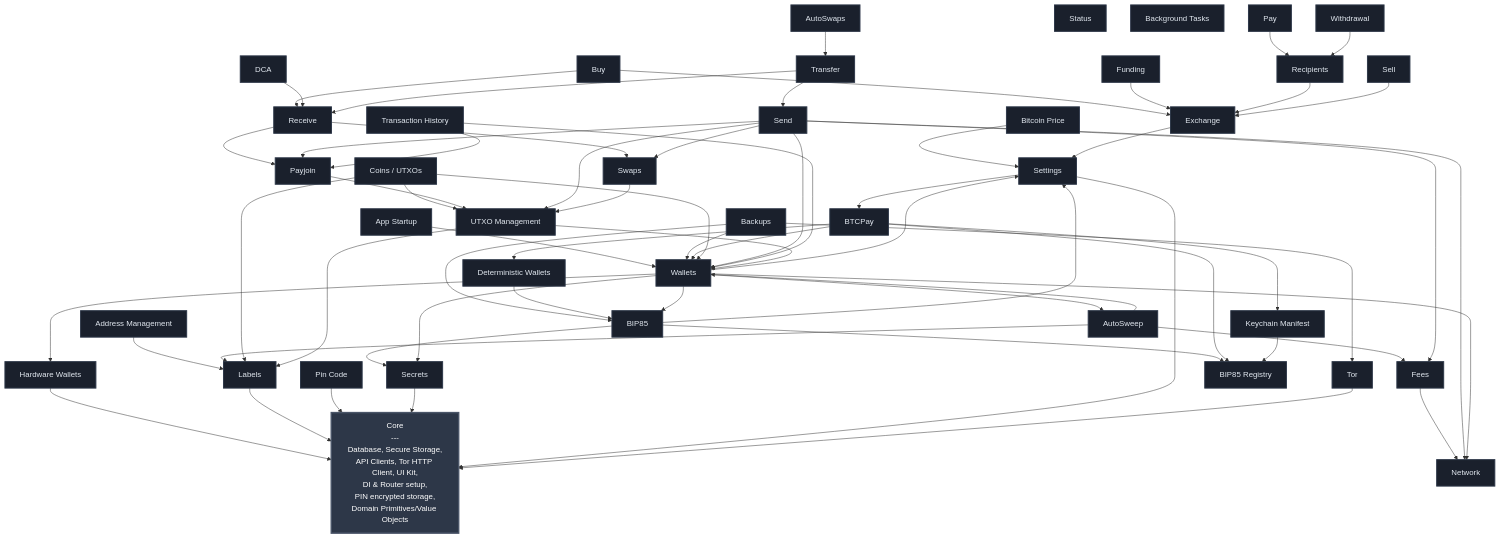
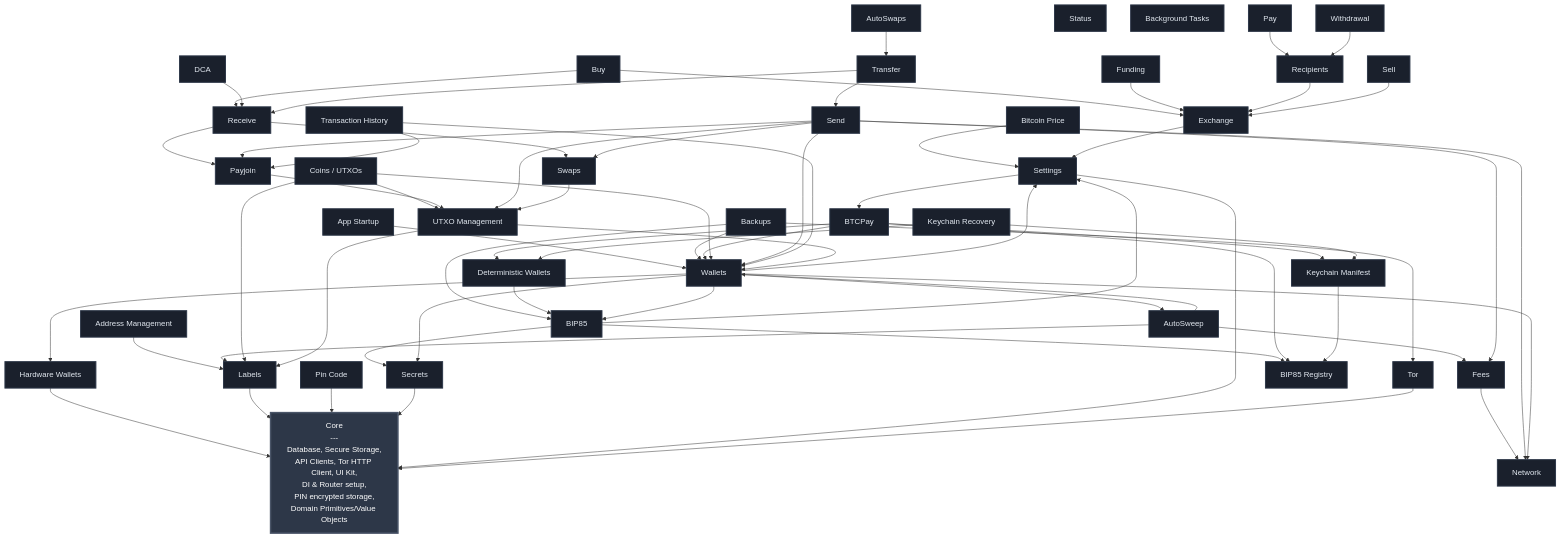
Before and after one commit to SatoshiPortal/bullbitcoin-mobile: the diagram in FEATURES.md, drawn with Mermaid. The commit also changed 11 other files, not shown here.

Commit message:
feat(keychain_recovery): restore manifest wallet materializations

````diff
--- a/FEATURES.md
+++ b/FEATURES.md
@@ -25,6 +25,7 @@
     BIP85_REGISTRY[BIP85 Registry]
     DETERMINISTIC_WALLETS[Deterministic Wallets]
     KEYCHAIN_MANIFEST[Keychain Manifest]
+    KEYCHAIN_RECOVERY[Keychain Recovery]
     FEES[Fees]
     WALLETS[Wallets]
     EXCHANGE[Exchange]
@@ -72,6 +73,8 @@
     BTCPAY --> DETERMINISTIC_WALLETS
     BTCPAY --> KEYCHAIN_MANIFEST
     BTCPAY --> WALLETS
+    KEYCHAIN_RECOVERY --> DETERMINISTIC_WALLETS
+    KEYCHAIN_RECOVERY --> KEYCHAIN_MANIFEST
     BUY --> EXCHANGE
     BUY --> RECEIVE
     COINS --> UTXO_MGMT
@@ -122,5 +125,5 @@
     classDef featureStyle fill:#1a202c,stroke:#2d3748,stroke-width:2px,color:#e2e8f0
 
     class CORE coreStyle
-    class SETTINGS,TOR,PIN_CODE,LABELS,SECRETS,HW_WALLETS,BTC_PRICE,BTCPAY,NETWORK,BIP85,BIP85_REGISTRY,DETERMINISTIC_WALLETS,KEYCHAIN_MANIFEST,FEES,WALLETS,EXCHANGE,APP_STARTUP,UTXO_MGMT,ADDRESS_MGMT,RECIPIENTS,FUNDING,BACKUPS,SWAPS,PAYJOIN,WITHDRAWAL,STATUS,SEND,RECEIVE,TRANSFER,TX_HISTORY,BG_TASKS,AUTOSWAPS,AUTOSWEEP,DCA,SELL,PAY,BUY,COINS featureStyle
+    class SETTINGS,TOR,PIN_CODE,LABELS,SECRETS,HW_WALLETS,BTC_PRICE,BTCPAY,NETWORK,BIP85,BIP85_REGISTRY,DETERMINISTIC_WALLETS,KEYCHAIN_MANIFEST,KEYCHAIN_RECOVERY,FEES,WALLETS,EXCHANGE,APP_STARTUP,UTXO_MGMT,ADDRESS_MGMT,RECIPIENTS,FUNDING,BACKUPS,SWAPS,PAYJOIN,WITHDRAWAL,STATUS,SEND,RECEIVE,TRANSFER,TX_HISTORY,BG_TASKS,AUTOSWAPS,AUTOSWEEP,DCA,SELL,PAY,BUY,COINS featureStyle
 ```
````
